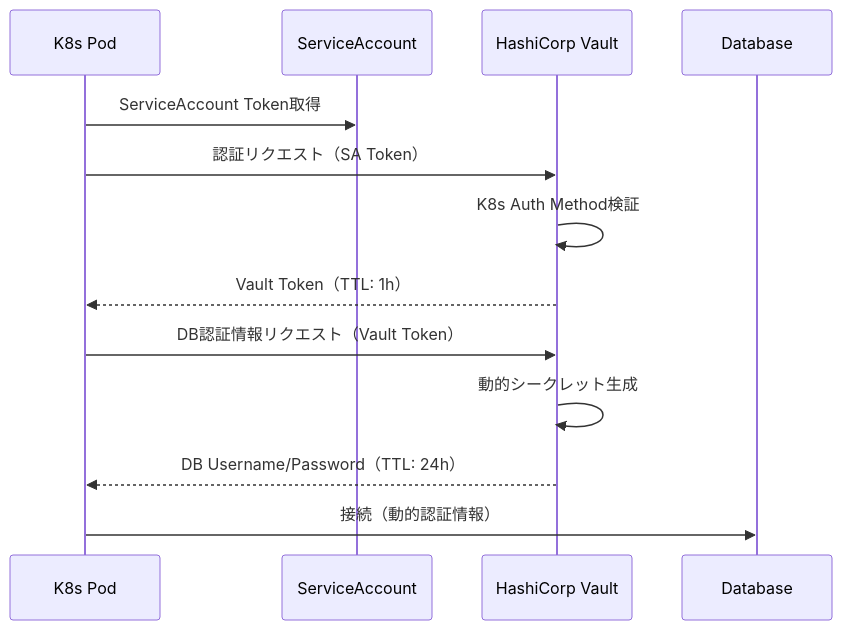
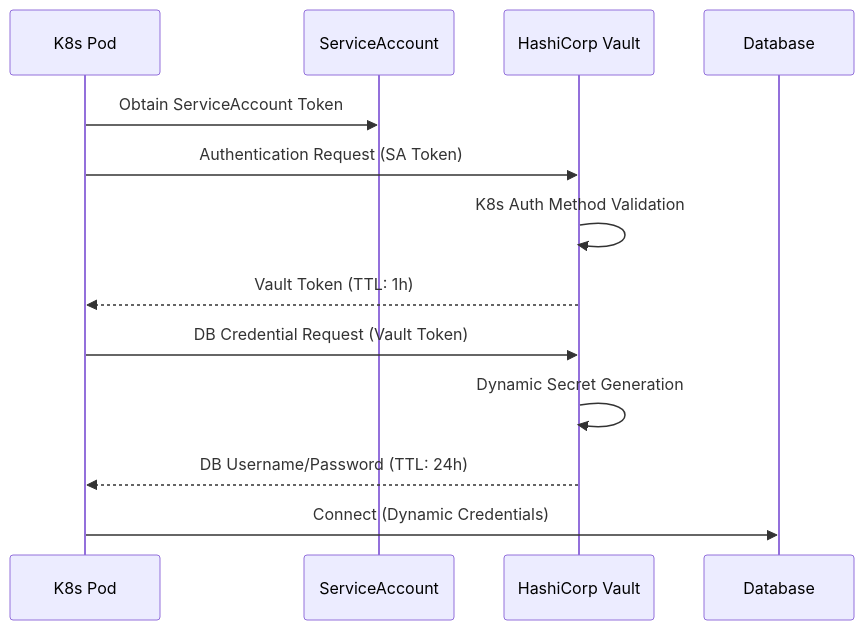
One commit to wfukatsu/nexus-architect changed the third of 4 diagrams in workflow/greenfield/08_security_design.md. Above: the diagram before and after it, drawn with Mermaid. The commit also changed other lines of this file and 6 other files, not shown here.

````diff
--- a/workflow/greenfield/08_security_design.md
+++ b/workflow/greenfield/08_security_design.md
@@ -376,16 +376,16 @@
 ```mermaid
 sequenceDiagram
     participant Pod as K8s Pod
     participant SA as ServiceAccount
     participant Vault as HashiCorp Vault
     participant DB as Database
 
-    Pod->>SA: ServiceAccount Token取得
-    Pod->>Vault: 認証リクエスト（SA Token）
-    Vault->>Vault: K8s Auth Method検証
-    Vault-->>Pod: Vault Token（TTL: 1h）
-    Pod->>Vault: DB認証情報リクエスト（Vault Token）
-    Vault->>Vault: 動的シークレット生成
-    Vault-->>Pod: DB Username/Password（TTL: 24h）
-    Pod->>DB: 接続（動的認証情報）
+    Pod->>SA: Obtain ServiceAccount Token
+    Pod->>Vault: Authentication Request (SA Token)
+    Vault->>Vault: K8s Auth Method Validation
+    Vault-->>Pod: Vault Token (TTL: 1h)
+    Pod->>Vault: DB Credential Request (Vault Token)
+    Vault->>Vault: Dynamic Secret Generation
+    Vault-->>Pod: DB Username/Password (TTL: 24h)
+    Pod->>DB: Connect (Dynamic Credentials)
 ```
````
